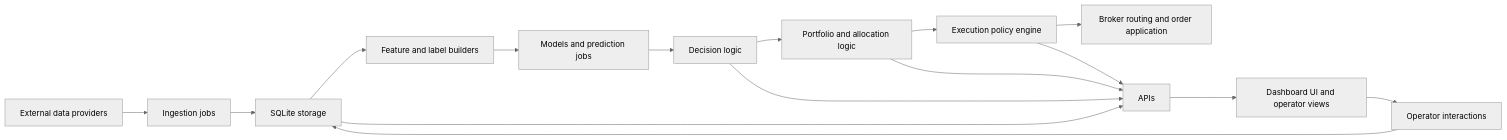
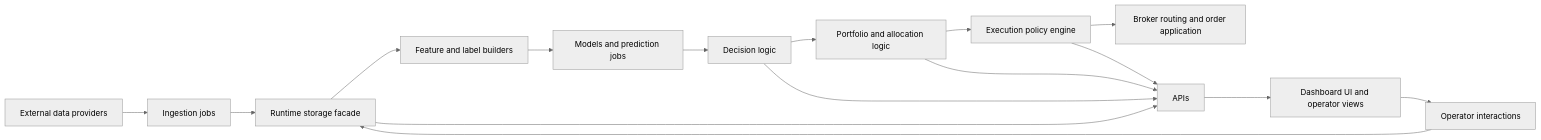
The first of 3 diagrams in docs/README_ARCHITECTURE.md (dschincariol/system), drawn with Mermaid (neutral theme) before and after one commit. The commit also changed other lines of this file and 373 other files, not shown here.

````diff
--- a/docs/README_ARCHITECTURE.md
+++ b/docs/README_ARCHITECTURE.md
@@ -70,18 +72,18 @@
 ```mermaid
 flowchart LR
     A[External data providers] --> B[Ingestion jobs]
-    B --> C[SQLite storage]
+    B --> C[Runtime storage facade]
     C --> D[Feature and label builders]
     D --> E[Models and prediction jobs]
     E --> F[Decision logic]
     F --> G[Portfolio and allocation logic]
     G --> H[Execution policy engine]
     H --> I[Broker routing and order application]
     C --> J[APIs]
     F --> J
     G --> J
     H --> J
     J --> K[Dashboard UI and operator views]
     K --> L[Operator interactions]
     L --> C
 ```
````
